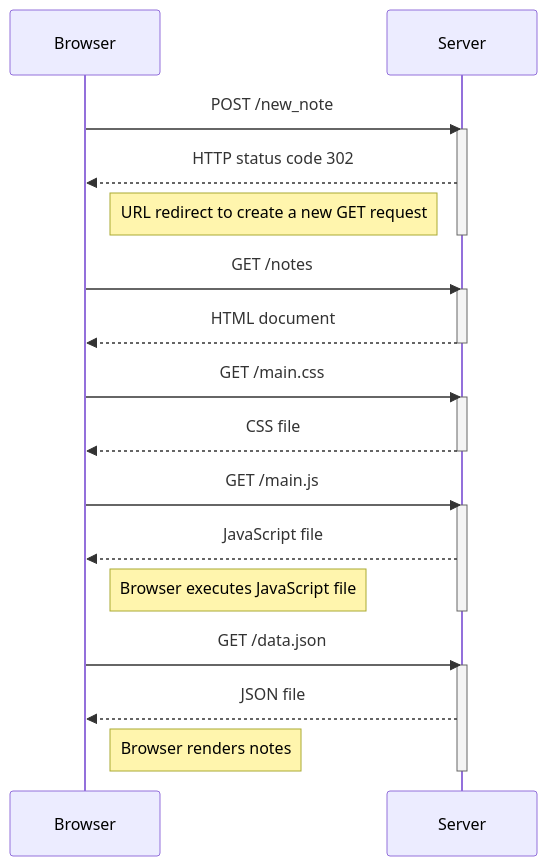
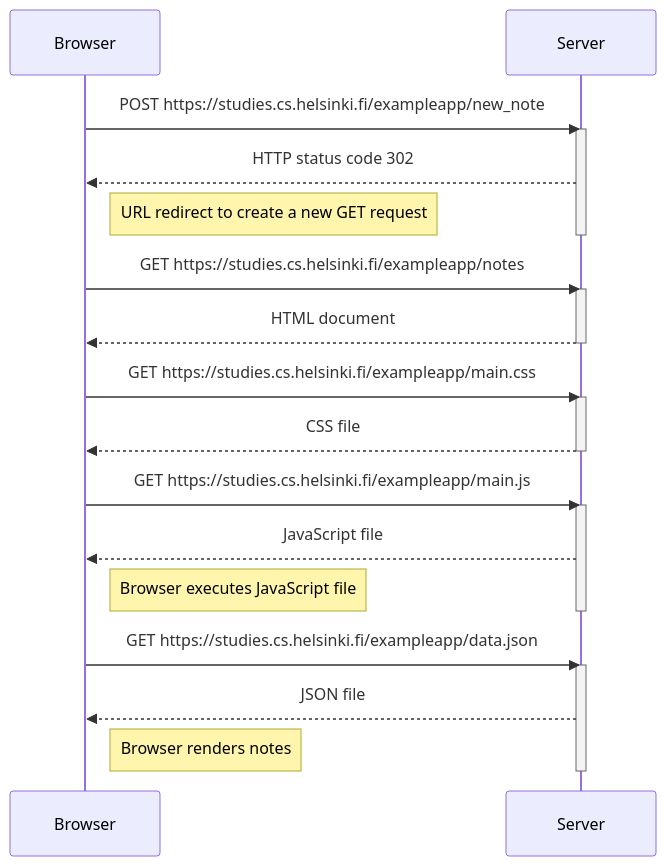
One commit to nichlls/FullStackOpenSubmissions changed the diagram in part0/exercise0.4/diagram.md. Above: the diagram before and after it, drawn with Mermaid.

````diff
--- a/part0/exercise0.4/diagram.md
+++ b/part0/exercise0.4/diagram.md
@@ -1,30 +1,30 @@
 ```mermaid
     sequenceDiagram
-    Browser->>Server: POST /new_note
+    Browser->>Server: POST https://studies.cs.helsinki.fi/exampleapp/new_note
     activate Server
     Server-->>Browser: HTTP status code 302
     Note right of Browser: URL redirect to create a new GET request
     deactivate Server
 
-    Browser->>Server: GET /notes
+    Browser->>Server: GET https://studies.cs.helsinki.fi/exampleapp/notes
     activate Server
     Server-->>Browser: HTML document
     deactivate Server
 
-    Browser->>Server: GET /main.css
+    Browser->>Server: GET https://studies.cs.helsinki.fi/exampleapp/main.css
     activate Server
     Server-->>Browser: CSS file
     deactivate Server
 
-    Browser->>Server: GET /main.js
+    Browser->>Server: GET https://studies.cs.helsinki.fi/exampleapp/main.js
     activate Server
     Server-->>Browser: JavaScript file
     Note right of Browser: Browser executes JavaScript file
     deactivate Server
 
-    Browser->>Server: GET /data.json
+    Browser->>Server: GET https://studies.cs.helsinki.fi/exampleapp/data.json
     activate Server
     Server-->>Browser: JSON file
     Note right of Browser: Browser renders notes
     deactivate Server
 ```
````
